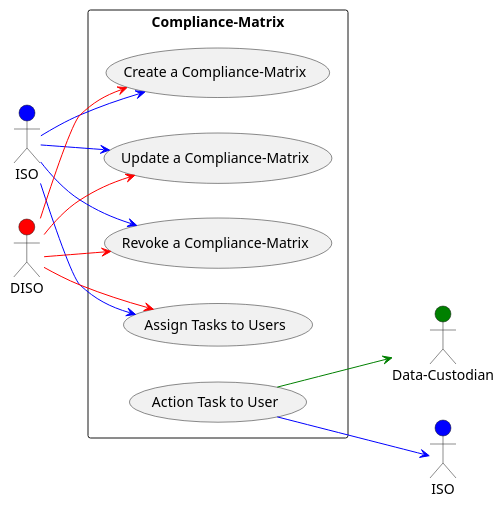
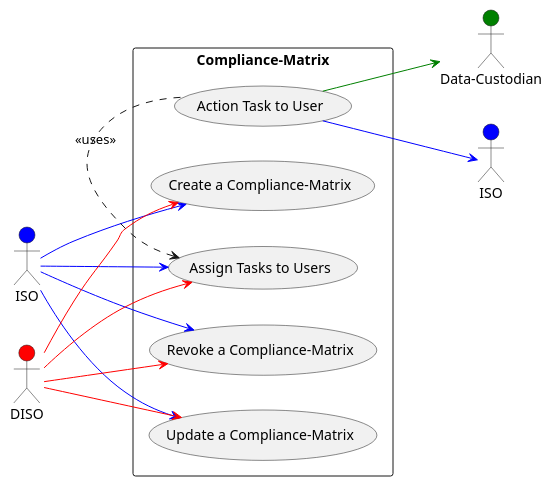
One commit to COS301-SE-2023/InfoSafe changed the diagram in Documentation/Diagrams/Compliance-Matrix.puml. Above: the diagram before and after it, drawn with PlantUML. The commit also changed 2 other files, not shown here.

Commit message:
Updated the usecase diagrams.
Added colour separation and uses.

```diff
--- a/Documentation/Diagrams/Compliance-Matrix.puml
+++ b/Documentation/Diagrams/Compliance-Matrix.puml
@@ -1,24 +1,25 @@
 @startuml
 left to right direction
 actor "Data-Custodian" as dc #green
 actor "ISO" as iso #blue
 actor "ISO" as iso2 #blue
 actor "DISO" as diso #red
 rectangle Compliance-Matrix {
   usecase "Create a Compliance-Matrix" as UC1
   usecase "Update a Compliance-Matrix" as UC2
   usecase "Revoke a Compliance-Matrix" as UC3
   usecase "Assign Tasks to Users" as UC4
   usecase "Action Task to User" as UC5
 }
 iso -[#blue]-> UC1
 iso -[#blue]-> UC2
 iso -[#blue]-> UC3
 iso -[#blue]-> UC4
 diso -[#red]-> UC1
 diso -[#red]-> UC2
 diso -[#red]-> UC3
 diso -[#red]-> UC4
 UC5 -[#green]-> dc
 UC5 -[#blue]-> iso2
+UC4 <. UC5 : <<uses>>
 @enduml
```
